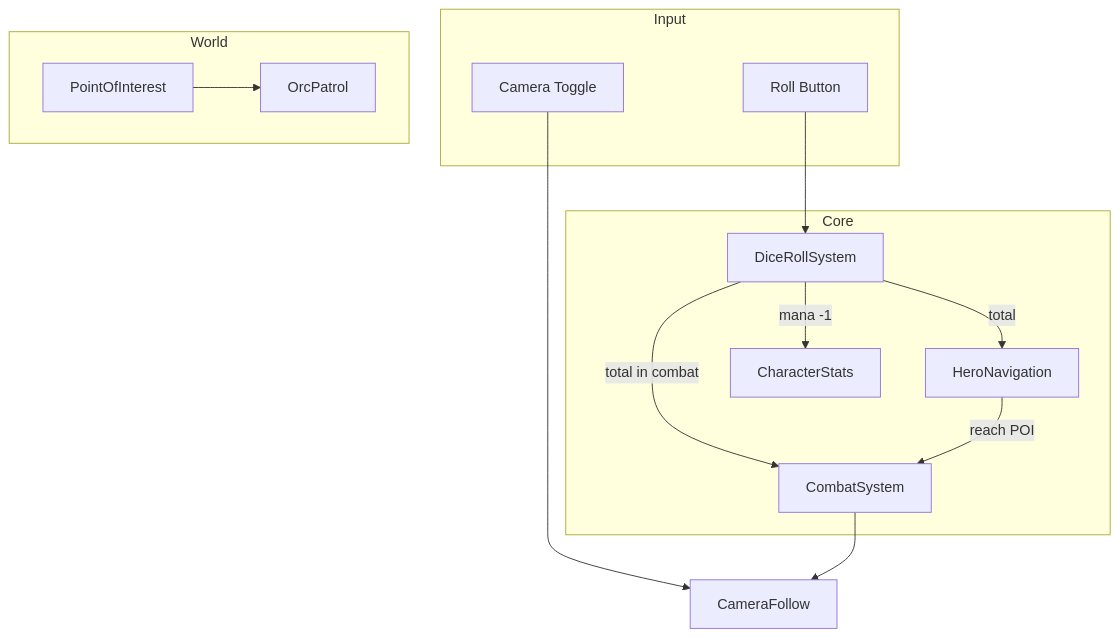
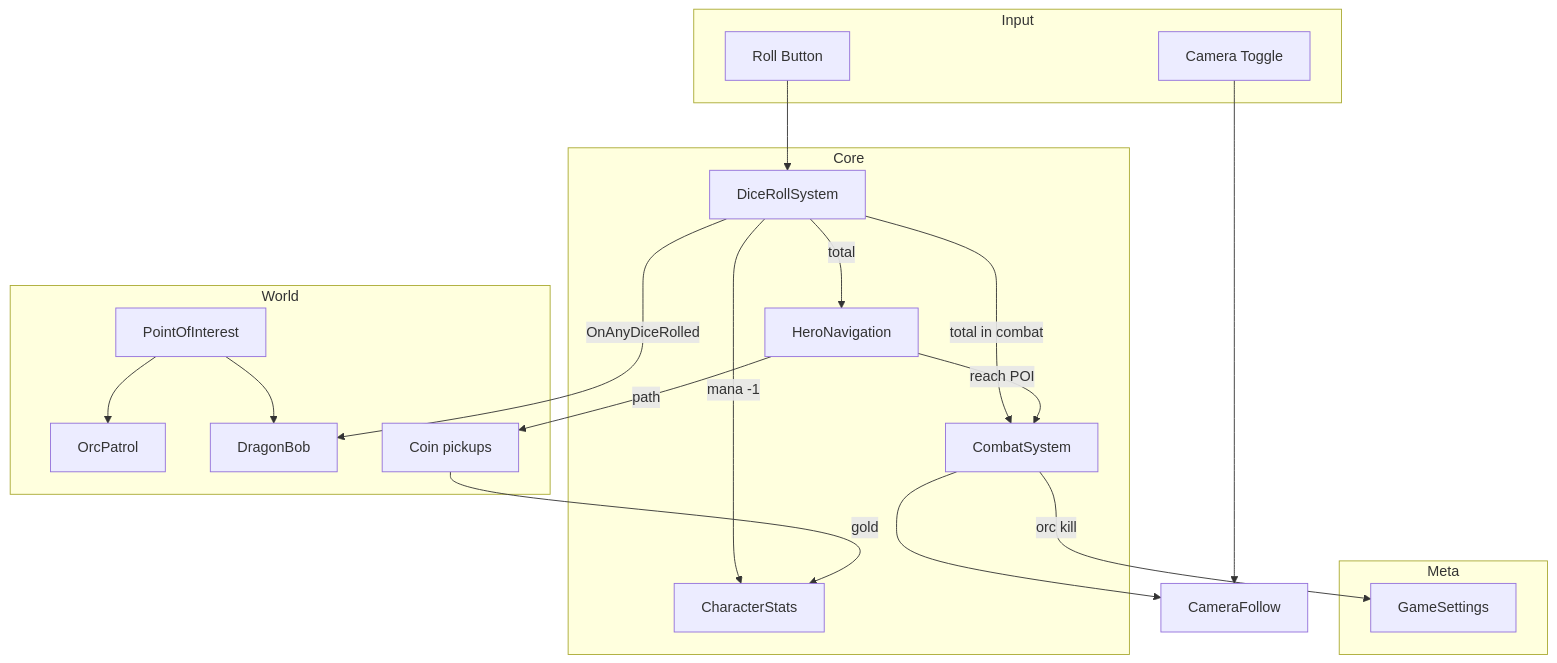
The first of 3 diagrams in DOCUMENTATION.md (czyzem-stack/oakland), drawn with Mermaid before and after one commit. The commit also changed other lines of this file, not shown here.

````diff
--- a/DOCUMENTATION.md
+++ b/DOCUMENTATION.md
@@ -48,28 +58,39 @@
 ```mermaid
 flowchart TB
     subgraph Input
         RollBtn[Roll Button]
         CamBtn[Camera Toggle]
     end
 
     subgraph Core
         Dice[DiceRollSystem]
         Nav[HeroNavigation]
         Combat[CombatSystem]
         Stats[CharacterStats]
     end
 
     subgraph World
         POI[PointOfInterest]
         Orc[OrcPatrol]
+        Bob[DragonBob]
+        Coin[Coin pickups]
+    end
+
+    subgraph Meta
+        GS[GameSettings]
     end
 
     RollBtn --> Dice
     Dice -->|mana -1| Stats
     Dice -->|total| Nav
     Dice -->|total in combat| Combat
+    Dice -->|OnAnyDiceRolled| Bob
     Nav -->|reach POI| Combat
+    Nav -->|path| Coin
+    Coin -->|gold| Stats
     POI --> Orc
+    POI --> Bob
+    Combat -->|orc kill| GS
     CamBtn --> CameraFollow
     Combat --> CameraFollow
 ```
````
